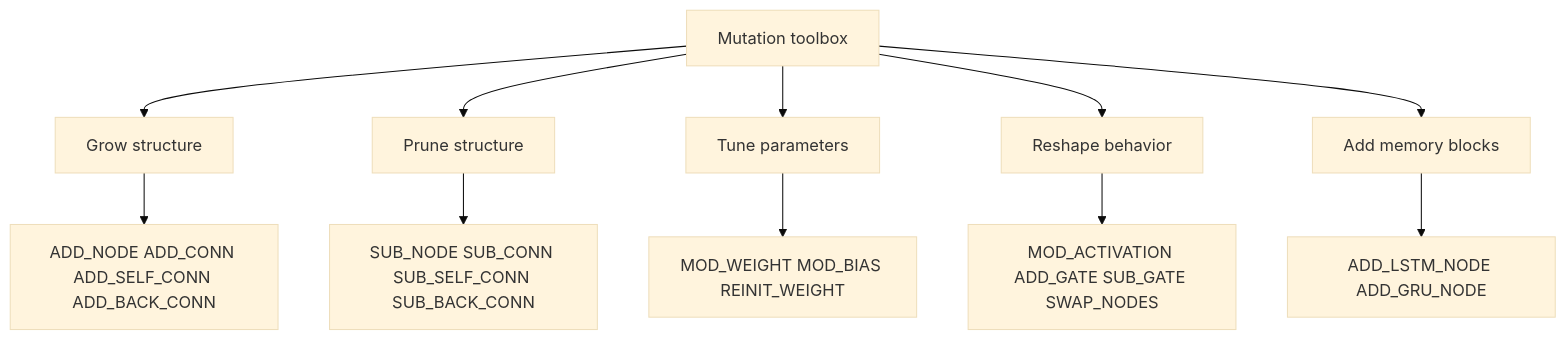
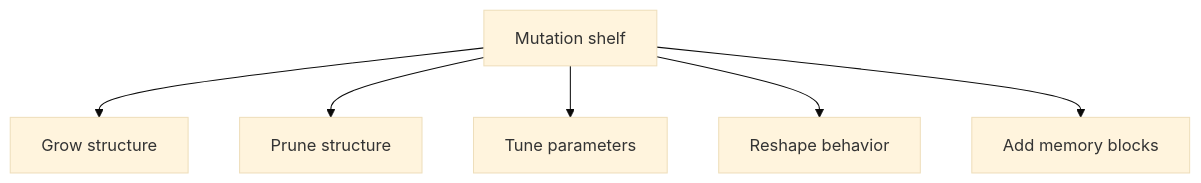
The diagram in src/methods/mutation/README.md (reicek/NeatapticTS), drawn with Mermaid (base theme) before and after one commit. The commit also changed other lines of this file and 121 other files, not shown here.

````diff
--- a/src/methods/mutation/README.md
+++ b/src/methods/mutation/README.md
@@ -58,13 +29,8 @@
 ```mermaid
 flowchart TD
-  Mutation[Mutation toolbox] --> Grow[Grow structure]
+  Mutation[Mutation shelf] --> Grow[Grow structure]
   Mutation --> Prune[Prune structure]
   Mutation --> Tune[Tune parameters]
   Mutation --> Shape[Reshape behavior]
   Mutation --> Memory[Add memory blocks]
-  Grow --> GrowItems[ADD_NODE ADD_CONN ADD_SELF_CONN ADD_BACK_CONN]
-  Prune --> PruneItems[SUB_NODE SUB_CONN SUB_SELF_CONN SUB_BACK_CONN]
-  Tune --> TuneItems[MOD_WEIGHT MOD_BIAS REINIT_WEIGHT]
-  Shape --> ShapeItems[MOD_ACTIVATION ADD_GATE SUB_GATE SWAP_NODES]
-  Memory --> MemoryItems[ADD_LSTM_NODE ADD_GRU_NODE]
 ```
````
